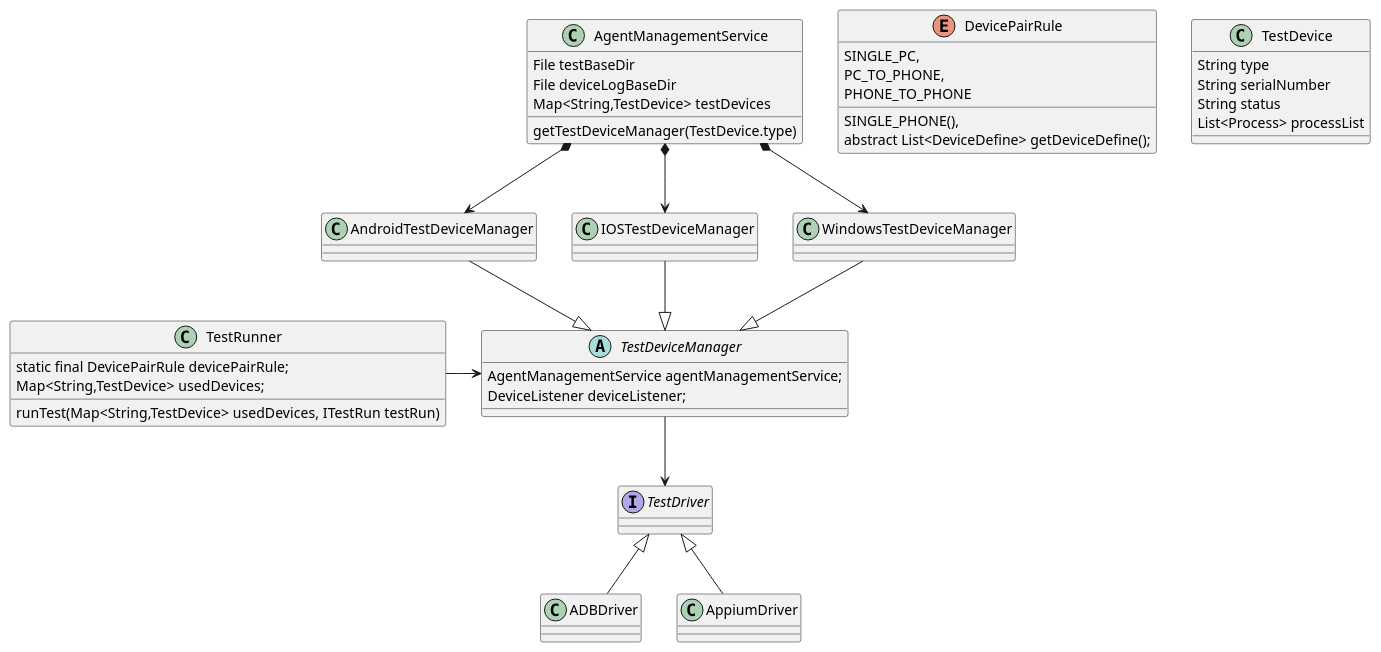
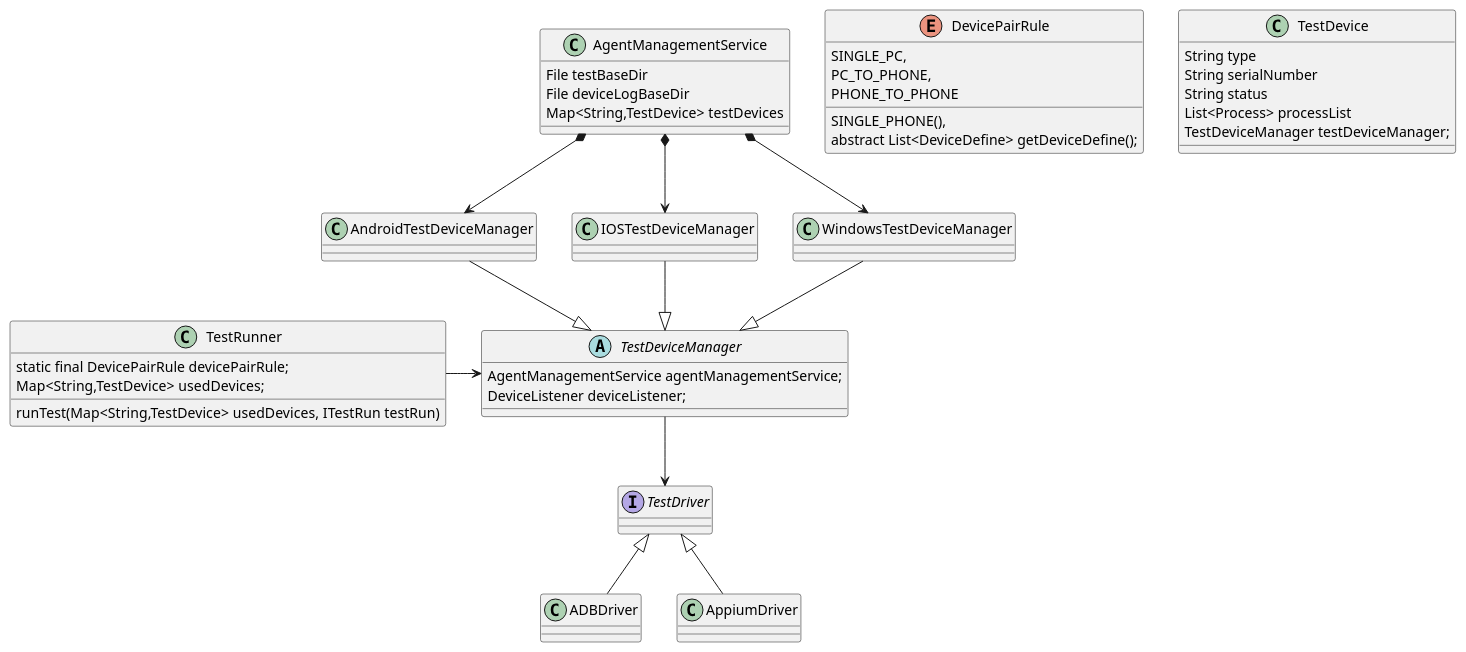
Before and after one commit to microsoft/HydraLab: the diagram in agent/doc/UML/agent_device_management_design.puml, drawn with PlantUML. The commit also changed 10 other files, not shown here.

```diff
--- a/agent/doc/UML/agent_device_management_design.puml
+++ b/agent/doc/UML/agent_device_management_design.puml
@@ -1,53 +1,53 @@
 @startuml
 'https://plantuml.com/class-diagram
 enum DevicePairRule{
     SINGLE_PHONE(),
     SINGLE_PC,
     PC_TO_PHONE,
     PHONE_TO_PHONE
 
     abstract List<DeviceDefine> getDeviceDefine();
 }
 class AgentManagementService {
     File testBaseDir
     File deviceLogBaseDir
     Map<String,TestDevice> testDevices
-    getTestDeviceManager(TestDevice.type)
 }
 class TestDevice{
     String type
     String serialNumber
     String status
     List<Process> processList
+    TestDeviceManager testDeviceManager;
 }
 abstract class TestDeviceManager{
     AgentManagementService agentManagementService;
     DeviceListener deviceListener;
 }
 class AndroidTestDeviceManager
 class IOSTestDeviceManager
 class WindowsTestDeviceManager
 
 interface TestDriver
 
 AndroidTestDeviceManager --|> TestDeviceManager
 IOSTestDeviceManager --|> TestDeviceManager
 WindowsTestDeviceManager --|> TestDeviceManager
 
 AgentManagementService *--> AndroidTestDeviceManager
 AgentManagementService *--> IOSTestDeviceManager
 AgentManagementService *--> WindowsTestDeviceManager
 
 TestDeviceManager --> TestDriver
 
 ADBDriver -u-|> TestDriver
 AppiumDriver -u-|> TestDriver
 
 class TestRunner{
     static final DevicePairRule devicePairRule;
     Map<String,TestDevice> usedDevices;
     runTest(Map<String,TestDevice> usedDevices, ITestRun testRun)
 }
 
 TestRunner -r-> TestDeviceManager
 @enduml
```
